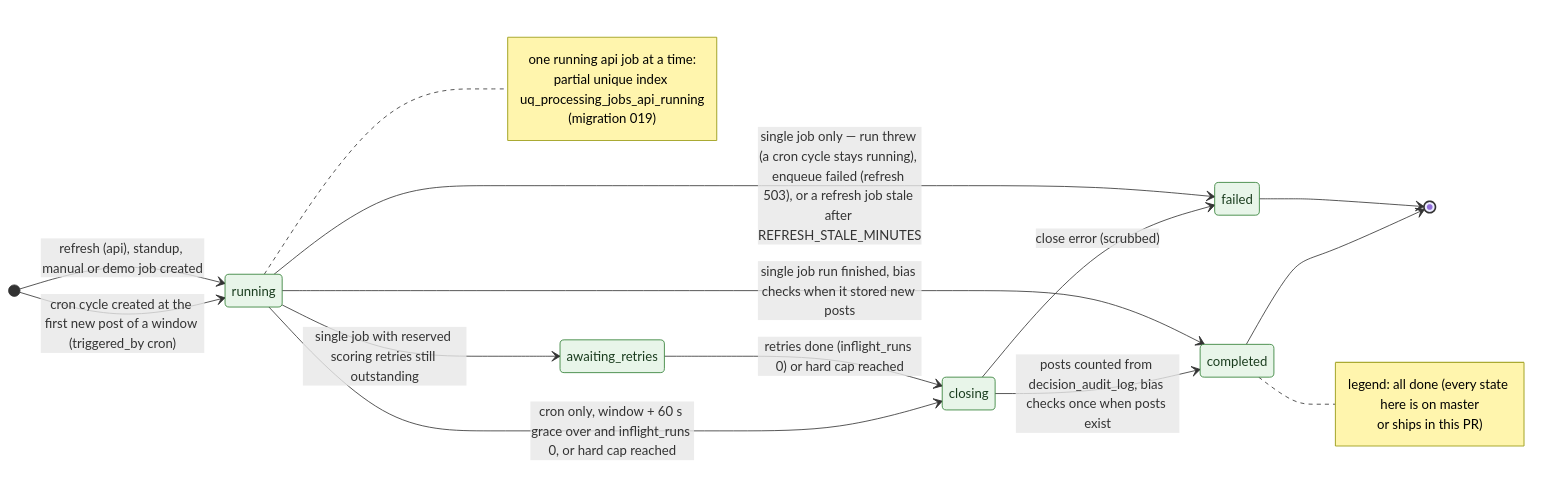
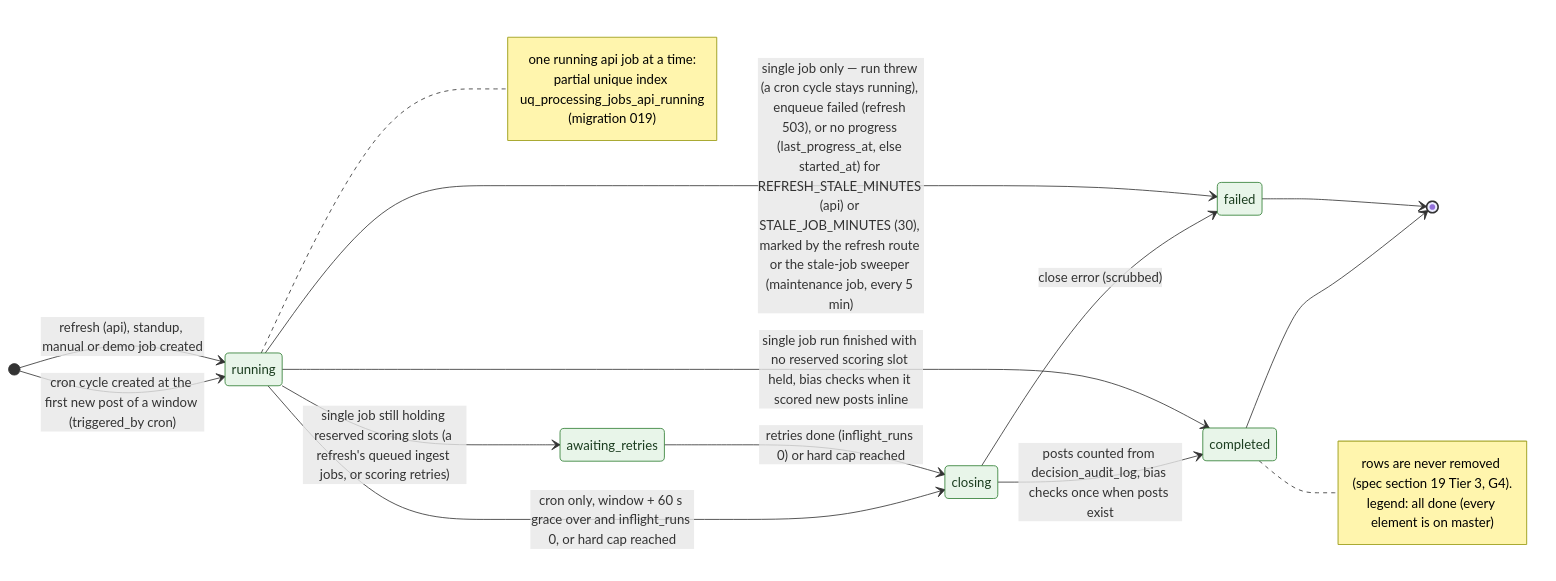
The diagram in docs/diagrams/states/processing-job-lifecycle.mmd (jennifer-mckinney/pulse-of-ai), drawn with Mermaid before and after one commit. The commit also changed 26 other files, not shown here.

First line of the commit message:
Redraw the flow and state diagrams against master after PR #22

```diff
--- a/docs/diagrams/states/processing-job-lifecycle.mmd
+++ b/docs/diagrams/states/processing-job-lifecycle.mmd
@@ -1,40 +1,40 @@
 %% Title: State · processing job lifecycle
 %% Summary: The statuses a processing_jobs row moves through, for scheduled collection cycles and for single jobs (refresh, standup, manual, demo), and when bias checks run.
-%% Sources: src/collectors/cycle.js (currentCycleJob, claimDueCycles, closeCycles), src/collectors/runner.js, src/routes/refresh.js, src/workers/collect.worker.js, scripts/populate.js, src/db/migrations/001, 019, 021. Spec: TECHNICAL_SPEC.md sections 7 (POST /api/refresh) and 9 (when bias checks run).
+%% Sources: src/collectors/cycle.js (currentCycleJob, claimDueCycles, closeCycles), src/collectors/runner.js (scoreVia, touch), src/collectors/stale-jobs.js (sweepStaleJobs), src/workers/maintenance.worker.js, src/routes/refresh.js, src/workers/{collect,ingest}.worker.js, scripts/populate.js, src/db/migrations/001, 019, 021, 040. Spec: TECHNICAL_SPEC.md sections 7 (POST /api/refresh), 9 (when bias checks run) and 19 (Tier 3); PR #22 decision G4.
 stateDiagram-v2
   direction LR
 
   state "running" as running
   state "closing" as closing
   state "awaiting_retries" as awaiting
   state "completed" as completed
   state "failed" as failed
 
   [*] --> running : cron cycle created at the first new post of a window (triggered_by cron)
   [*] --> running : refresh (api), standup, manual or demo job created
 
   running --> closing : cron only, window + 60 s grace over and inflight_runs 0, or hard cap reached
   closing --> completed : posts counted from decision_audit_log, bias checks once when posts exist
   closing --> failed : close error (scrubbed)
 
-  running --> completed : single job run finished, bias checks when it stored new posts
-  running --> awaiting : single job with reserved scoring retries still outstanding
+  running --> completed : single job run finished with no reserved scoring slot held, bias checks when it scored new posts inline
+  running --> awaiting : single job still holding reserved scoring slots (a refresh's queued ingest jobs, or scoring retries)
   awaiting --> closing : retries done (inflight_runs 0) or hard cap reached
-  running --> failed : single job only — run threw (a cron cycle stays running), enqueue failed (refresh 503), or a refresh job stale after REFRESH_STALE_MINUTES
+  running --> failed : single job only — run threw (a cron cycle stays running), enqueue failed (refresh 503), or no progress (last_progress_at, else started_at) for REFRESH_STALE_MINUTES (api) or STALE_JOB_MINUTES (30), marked by the refresh route or the stale-job sweeper (maintenance job, every 5 min)
 
   completed --> [*]
   failed --> [*]
 
   note right of running
     one running api job at a time:
     partial unique index uq_processing_jobs_api_running
     (migration 019)
   end note
 
   note right of completed
-    legend: all done (every state here is on master
-    or ships in this PR)
+    rows are never removed (spec section 19 Tier 3, G4).
+    legend: all done (every element is on master)
   end note
 
   classDef done fill:#e8f5e9,stroke:#2e7d32,color:#1b3d1f
   class running, closing, awaiting, completed, failed done
```
